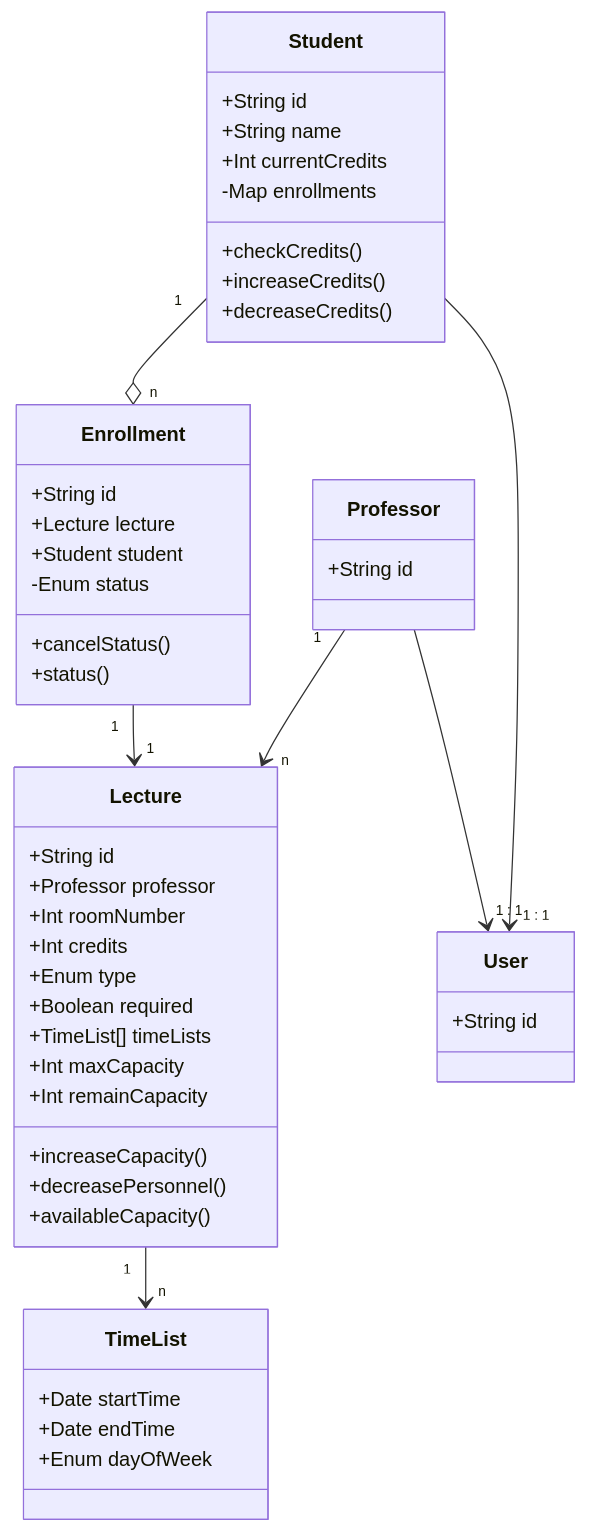
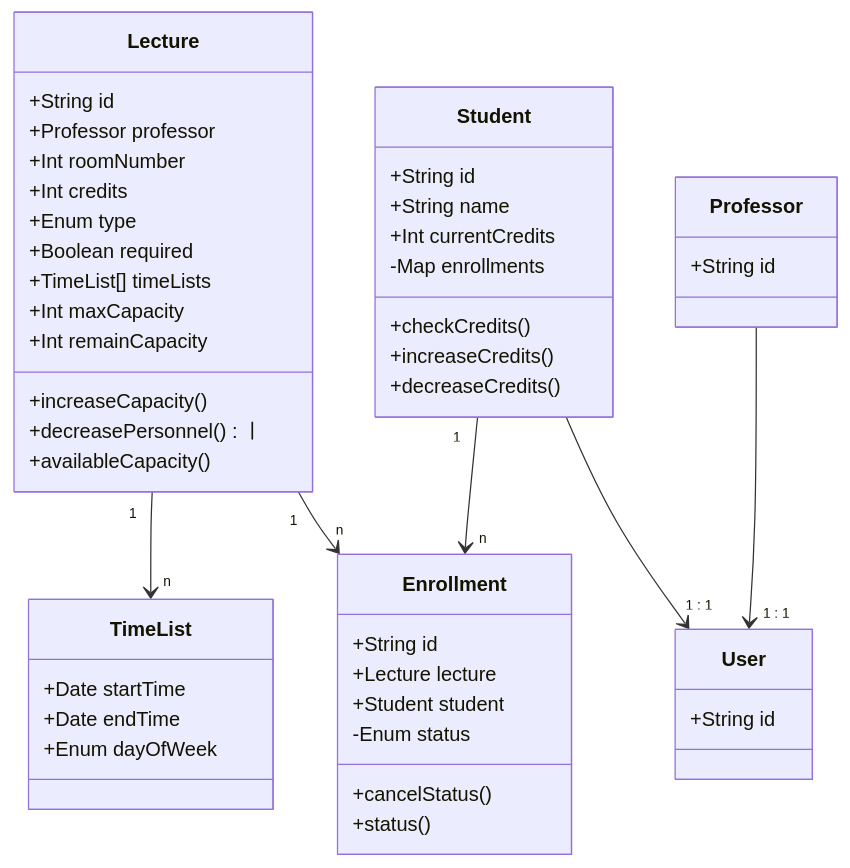
One commit to ModelToSystem/modeling changed the diagram in parts/part-2-학사관리시스템-수강신청/chapter-2/ju/README.md. Above: the diagram before and after it, drawn with Mermaid.

Commit message:
Fix: 클래스 다이어그램

````diff
--- a/parts/part-2-학사관리시스템-수강신청/chapter-2/ju/README.md
+++ b/parts/part-2-학사관리시스템-수강신청/chapter-2/ju/README.md
@@ -7,58 +7,57 @@
 ```mermaid
 classDiagram
     class Lecture {
         +String id
         +Professor professor
         +Int roomNumber
         +Int credits
         +Enum type
         +Boolean required
         +TimeList[] timeLists
         +Int maxCapacity
         +Int remainCapacity
         +increaseCapacity()
-        +decreasePersonnel()
+        +decreasePersonnel()ㅣ
         +availableCapacity()
     }
 
     class TimeList {
         +Date startTime
         +Date endTime
         +Enum dayOfWeek
     }
 
     class User {
         +String id
     }
 
     class Professor {
         +String id
     }
 
     class Student {
         +String id
         +String name
         +Int currentCredits
         -Map<string, Enrollment> enrollments
         +checkCredits()
         +increaseCredits()
         +decreaseCredits()
     }
 
     class Enrollment {
         +String id
         +Lecture lecture
         +Student student
         -Enum status
         +cancelStatus()
         +status()
     }
 
     %% 관계 설정
     Student --> "1 : 1" User
-    Student "1" --o "n" Enrollment
     Professor --> "1 : 1" User
-    Professor "1" --> "n" Lecture
-    Enrollment "1" --> "1" Lecture
+    Student "1" --> "n" Enrollment
+    Lecture "1" --> "n" Enrollment
     Lecture "1" --> "n" TimeList
 ```
````
